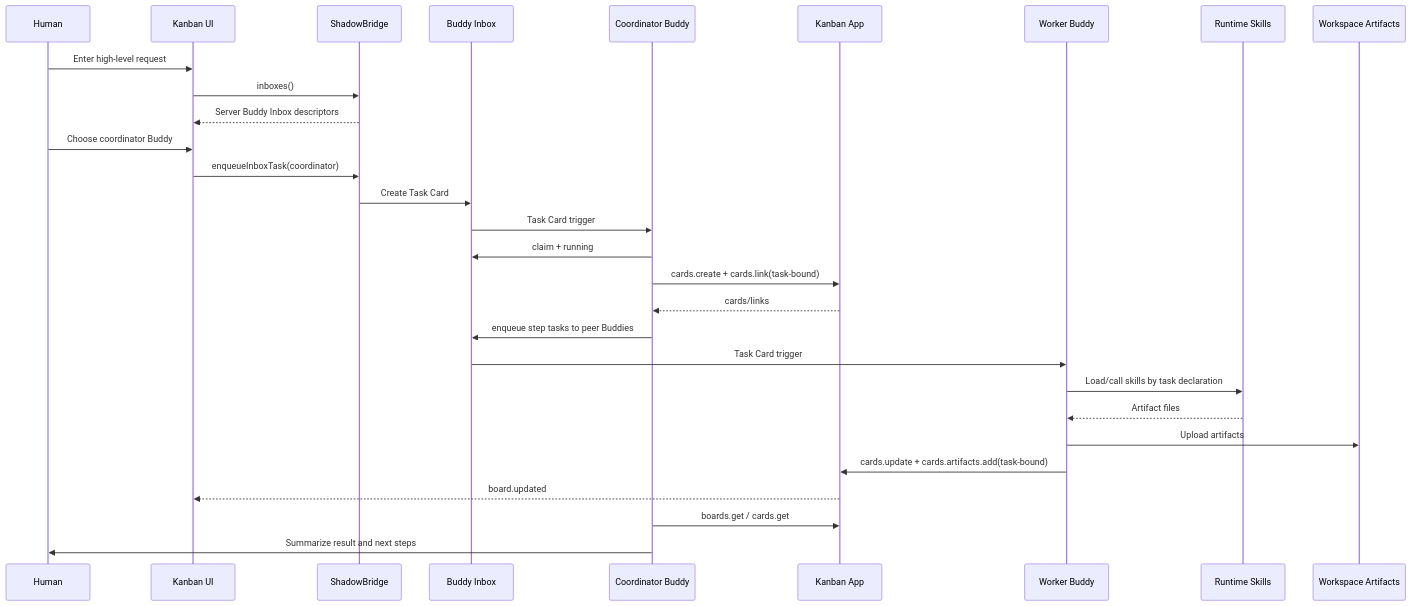
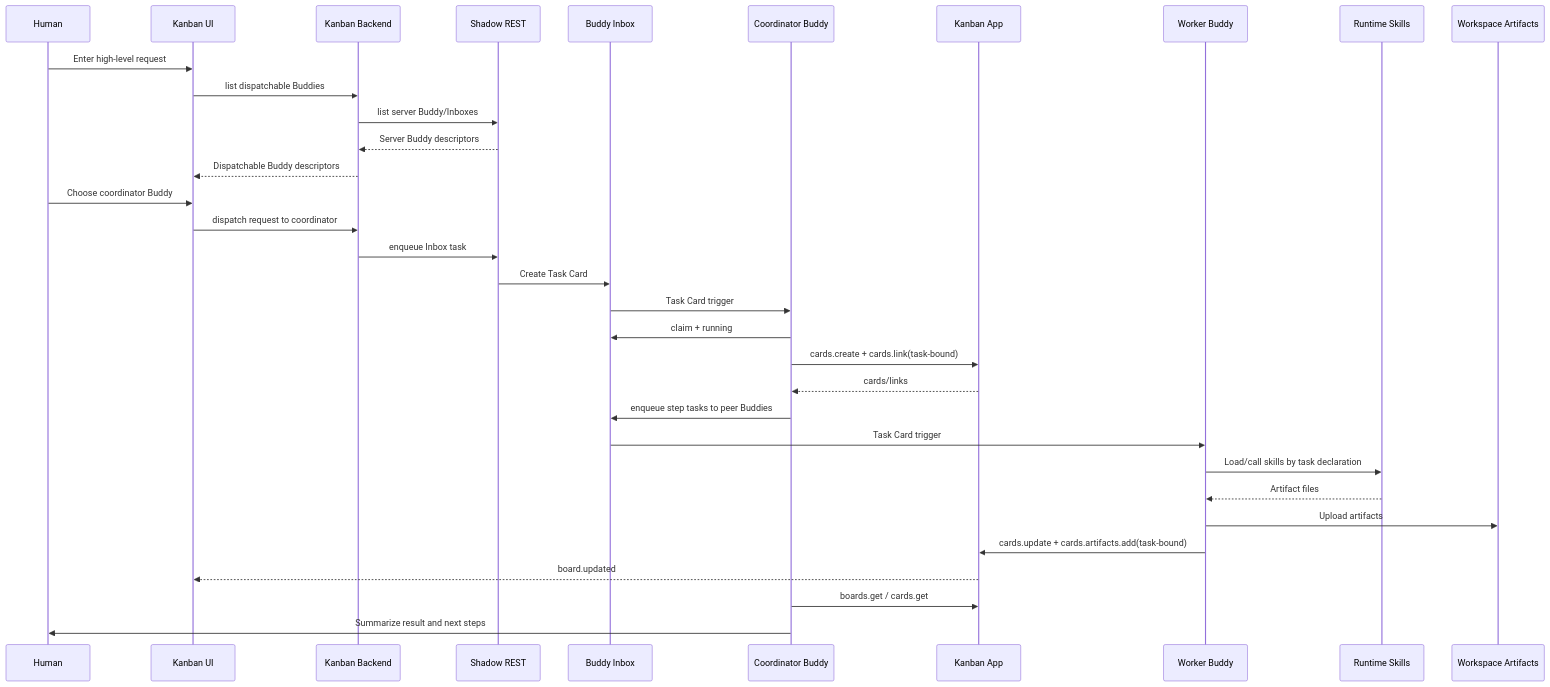
One commit to buggyblues/shadow changed the second of 4 diagrams in docs/development/buddy-coordinator-kanban-runtime-research.md. Above: the diagram before and after it, drawn with Mermaid. The commit also changed other lines of this file and 31 other files, not shown here.

````diff
--- a/docs/development/buddy-coordinator-kanban-runtime-research.md
+++ b/docs/development/buddy-coordinator-kanban-runtime-research.md
@@ -116,32 +117,36 @@
 ```mermaid
 sequenceDiagram
   participant Human as Human
   participant Kanban as Kanban UI
-  participant Bridge as ShadowBridge
+  participant KBackend as Kanban Backend
+  participant Shadow as Shadow REST
   participant Inbox as Buddy Inbox
   participant Coord as Coordinator Buddy
   participant KApi as Kanban App
   participant Worker as Worker Buddy
   participant Runtime as Runtime Skills
   participant Store as Workspace Artifacts
 
   Human->>Kanban: Enter high-level request
-  Kanban->>Bridge: inboxes()
-  Bridge-->>Kanban: Server Buddy Inbox descriptors
+  Kanban->>KBackend: list dispatchable Buddies
+  KBackend->>Shadow: list server Buddy/Inboxes
+  Shadow-->>KBackend: Server Buddy descriptors
+  KBackend-->>Kanban: Dispatchable Buddy descriptors
   Human->>Kanban: Choose coordinator Buddy
-  Kanban->>Bridge: enqueueInboxTask(coordinator)
-  Bridge->>Inbox: Create Task Card
+  Kanban->>KBackend: dispatch request to coordinator
+  KBackend->>Shadow: enqueue Inbox task
+  Shadow->>Inbox: Create Task Card
   Inbox->>Coord: Task Card trigger
   Coord->>Inbox: claim + running
   Coord->>KApi: cards.create + cards.link(task-bound)
   KApi-->>Coord: cards/links
   Coord->>Inbox: enqueue step tasks to peer Buddies
   Inbox->>Worker: Task Card trigger
   Worker->>Runtime: Load/call skills by task declaration
   Runtime-->>Worker: Artifact files
   Worker->>Store: Upload artifacts
   Worker->>KApi: cards.update + cards.artifacts.add(task-bound)
   KApi-->>Kanban: board.updated
   Coord->>KApi: boards.get / cards.get
   Coord->>Human: Summarize result and next steps
 ```
````
